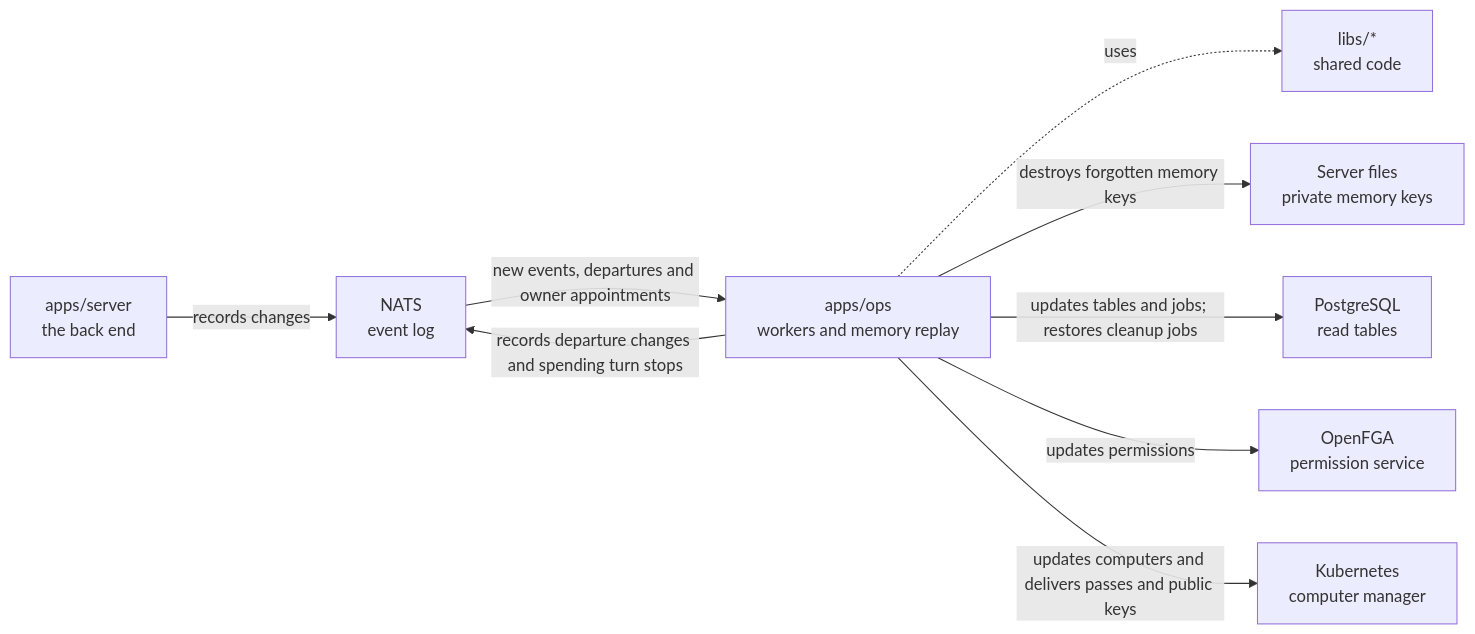
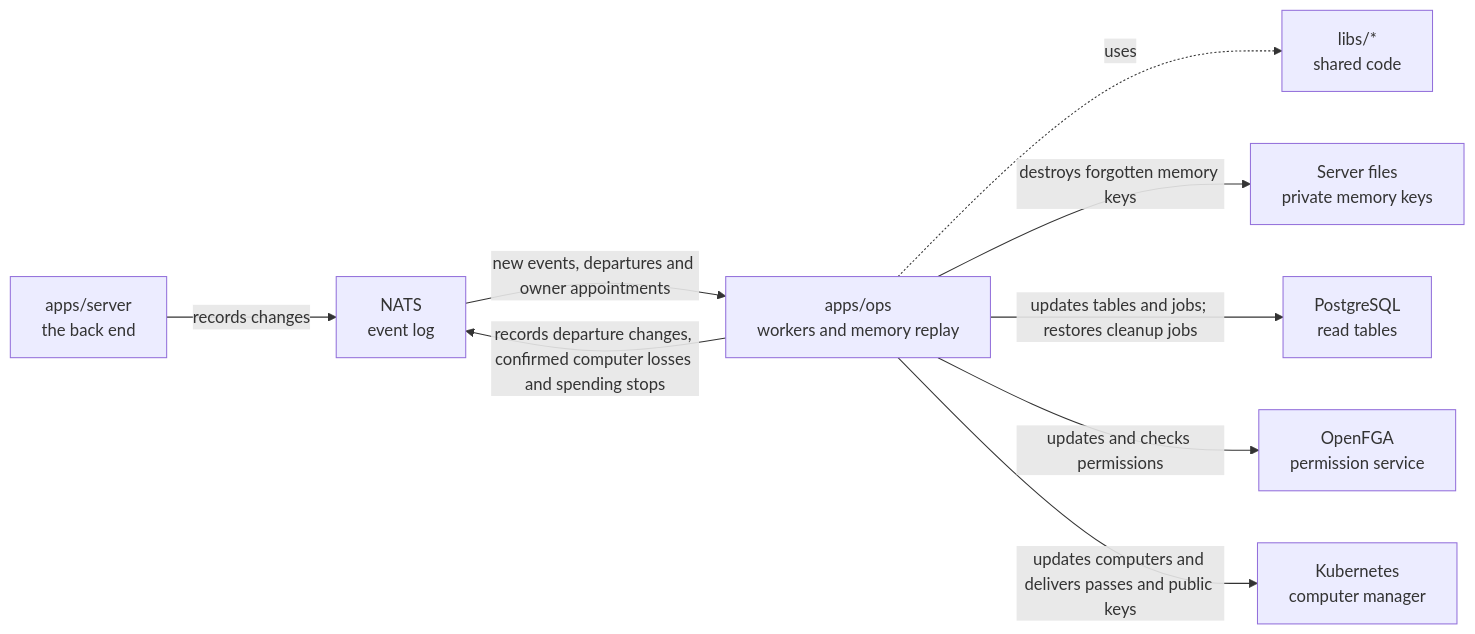
Before and after one commit to elewa-git/opencrane-new: the diagram in apps/ops/README.md, drawn with Mermaid. The commit also changed other lines of this file and 16 other files, not shown here.

````diff
--- a/apps/ops/README.md
+++ b/apps/ops/README.md
@@ -11,11 +11,11 @@
 ```mermaid
 flowchart LR
   server["apps/server<br/>the back end"] -->|records changes| nats["NATS<br/>event log"]
   nats -->|new events, departures and owner appointments| ops["apps/ops<br/>workers and memory replay"]
-  ops -->|records departure changes and spending turn stops| nats
+  ops -->|records departure changes, confirmed computer losses and spending stops| nats
   ops -.->|uses| libs["libs/*<br/>shared code"]
   ops -->|destroys forgotten memory keys| keys["Server files<br/>private memory keys"]
   ops -->|updates tables and jobs; restores cleanup jobs| postgres["PostgreSQL<br/>read tables"]
-  ops -->|updates permissions| fga["OpenFGA<br/>permission service"]
+  ops -->|updates and checks permissions| fga["OpenFGA<br/>permission service"]
   ops -->|updates computers and delivers passes and public keys| kube["Kubernetes<br/>computer manager"]
 ```
````
